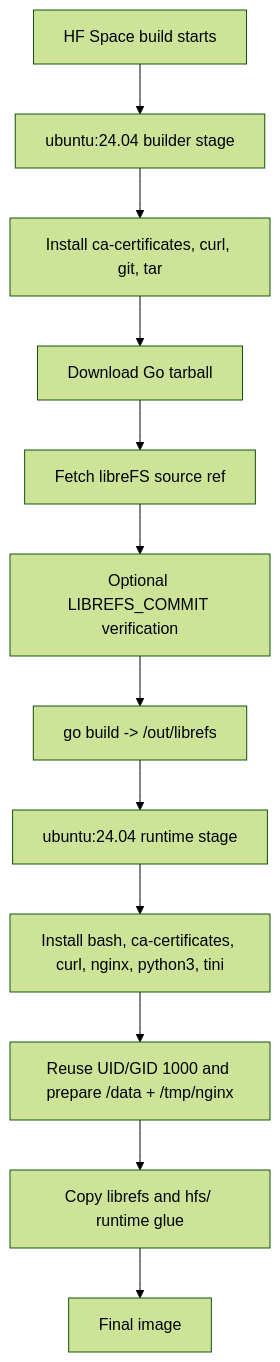
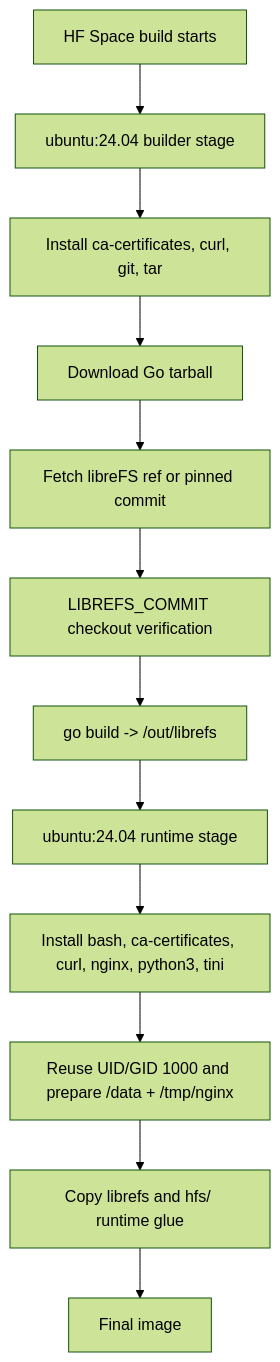
Before and after one commit to BlueSkyXN/libreFS-HFS: the first of 2 diagrams in docs/architecture.md, drawn with Mermaid (forest theme). The commit also changed other lines of this file and 13 other files, not shown here.

````diff
--- a/docs/architecture.md
+++ b/docs/architecture.md
@@ -26,14 +26,14 @@
 ```mermaid
 flowchart TD
   A["HF Space build starts"] --> B["ubuntu:24.04 builder stage"]
   B --> C["Install ca-certificates, curl, git, tar"]
   C --> D["Download Go tarball"]
-  D --> E["Fetch libreFS source ref"]
-  E --> F["Optional LIBREFS_COMMIT verification"]
+  D --> E["Fetch libreFS ref or pinned commit"]
+  E --> F["LIBREFS_COMMIT checkout verification"]
   F --> G["go build -> /out/librefs"]
   G --> H["ubuntu:24.04 runtime stage"]
   H --> I["Install bash, ca-certificates, curl, nginx, python3, tini"]
   I --> J["Reuse UID/GID 1000 and prepare /data + /tmp/nginx"]
   J --> K["Copy librefs and hfs/ runtime glue"]
   K --> L["Final image"]
 ```
````
